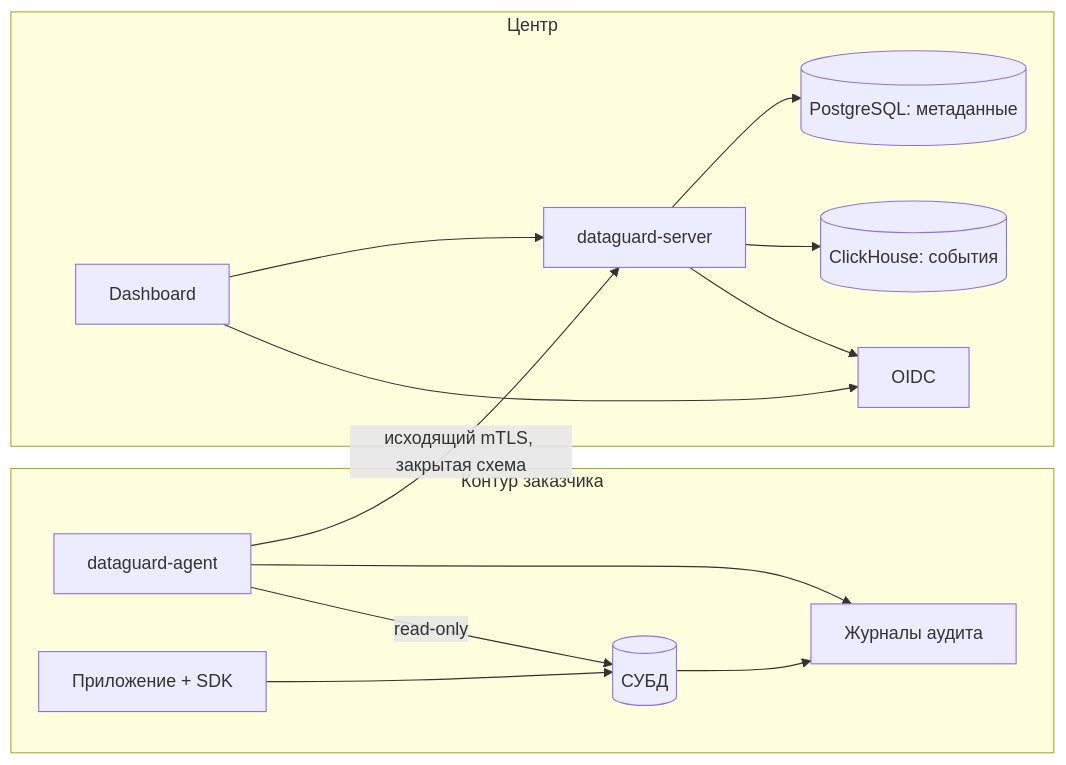
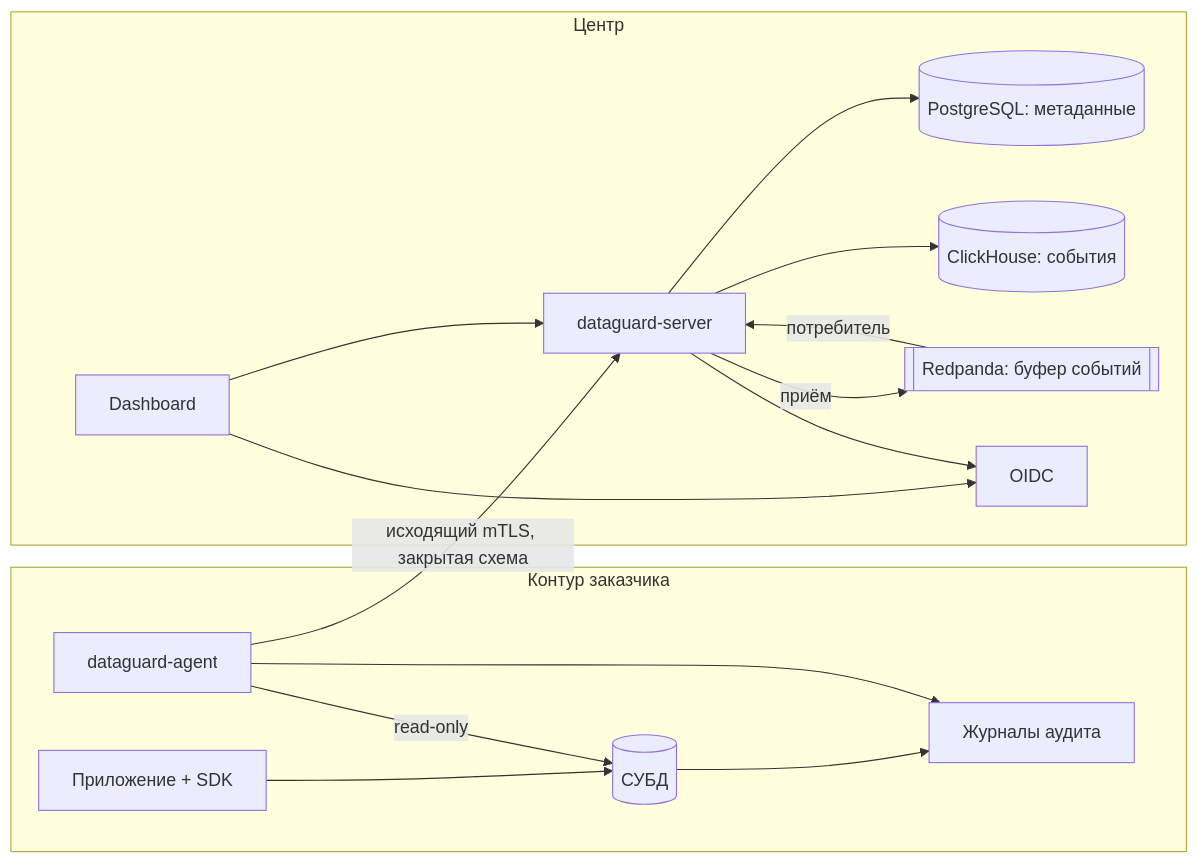
Before and after one commit to sliva-name/rss_remake: the diagram in docs/ARCHITECTURE.md, drawn with Mermaid. The commit also changed other lines of this file and 29 other files, not shown here.

First line of the commit message:
feat: Брокер событий Redpanda между приёмом и ClickHouse

````diff
--- a/docs/ARCHITECTURE.md
+++ b/docs/ARCHITECTURE.md
@@ -9,26 +9,29 @@
 ```mermaid
 flowchart LR
   subgraph Customer["Контур заказчика"]
     DB[(СУБД)]
     Logs[Журналы аудита]
     App[Приложение + SDK]
     Agent[dataguard-agent]
     App --> DB
     DB --> Logs
     Agent -->|read-only| DB
     Agent --> Logs
   end
   subgraph Center["Центр"]
     Server[dataguard-server]
     PG[(PostgreSQL: метаданные)]
     CH[(ClickHouse: события)]
+    Broker[[Redpanda: буфер событий]]
     IdP[OIDC]
     UI[Dashboard]
     Server --> PG
+    Server -->|приём| Broker
+    Broker -->|потребитель| Server
     Server --> CH
     UI --> Server
     UI --> IdP
     Server --> IdP
   end
   Agent -->|исходящий mTLS, закрытая схема| Server
 ```
````
